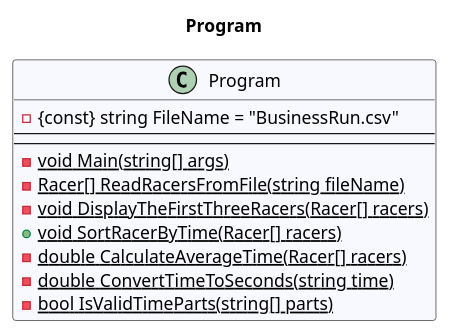
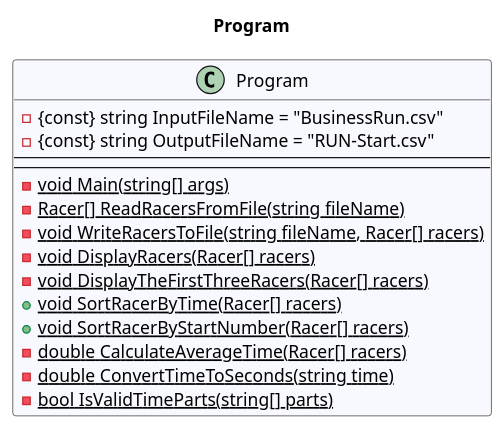
One commit to leoggehrer/2324-34_ABIF_ACIF_POSE changed the diagram in BusinessRun.ConApp/diagrams/cd_Program.puml. Above: the diagram before and after it, drawn with PlantUML. The commit also changed 31 other files, not shown here.

Commit message:
Generated diagrams.

```diff
--- a/BusinessRun.ConApp/diagrams/cd_Program.puml
+++ b/BusinessRun.ConApp/diagrams/cd_Program.puml
@@ -1,15 +1,19 @@
 @startuml Program
 title Program
  class Program #GhostWhite {
-- {const} string FileName = "BusinessRun.csv"
+- {const} string InputFileName = "BusinessRun.csv"
+- {const} string OutputFileName = "RUN-Start.csv"
 ---
 ---
 - {static} void Main(string[] args)
 - {static} Racer[] ReadRacersFromFile(string fileName)
+- {static} void WriteRacersToFile(string fileName, Racer[] racers)
+- {static} void DisplayRacers(Racer[] racers)
 - {static} void DisplayTheFirstThreeRacers(Racer[] racers)
 + {static} void SortRacerByTime(Racer[] racers)
++ {static} void SortRacerByStartNumber(Racer[] racers)
 - {static} double CalculateAverageTime(Racer[] racers)
 - {static} double ConvertTimeToSeconds(string time)
 - {static} bool IsValidTimeParts(string[] parts)
 }
 @enduml
```
